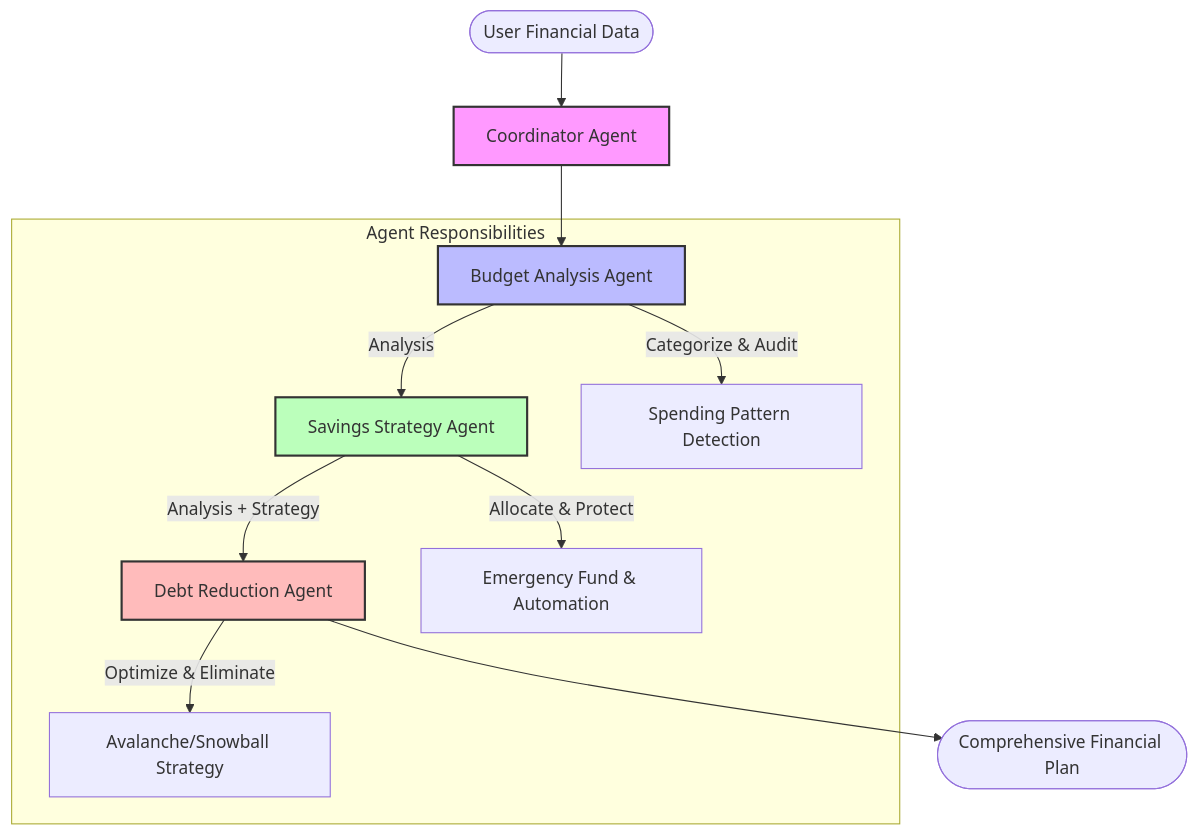
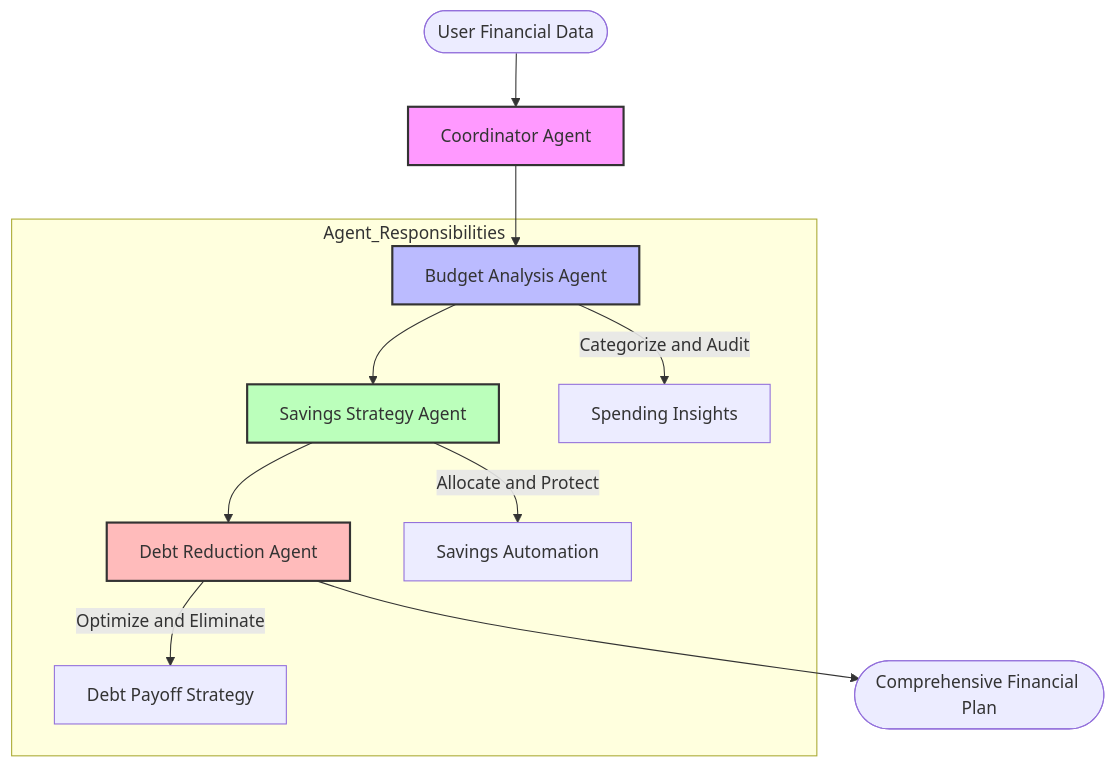
The diagram in financial_advisor_agent/README.md (Hazbilal3/ai_agent), drawn with Mermaid before and after one commit. The commit also changed other lines of this file, not shown here.

`````diff
--- a/financial_advisor_agent/README.md
+++ b/financial_advisor_agent/README.md
@@ -13,19 +19,19 @@
 ```mermaid
 graph TD
     User([User Financial Data]) --> Coordinator[Coordinator Agent]
     Coordinator --> Budget[Budget Analysis Agent]
-    Budget -- Analysis --> Savings[Savings Strategy Agent]
-    Savings -- Analysis + Strategy --> Debt[Debt Reduction Agent]
+    Budget --> Savings[Savings Strategy Agent]
+    Savings --> Debt[Debt Reduction Agent]
     Debt --> Plan([Comprehensive Financial Plan])
-    
-    subgraph "Agent Responsibilities"
-    Budget -->|Categorize & Audit| B_Out[Spending Pattern Detection]
-    Savings -->|Allocate & Protect| S_Out[Emergency Fund & Automation]
-    Debt -->|Optimize & Eliminate| D_Out[Avalanche/Snowball Strategy]
+
+    subgraph Agent_Responsibilities
+        Budget -->|Categorize and Audit| B_Out[Spending Insights]
+        Savings -->|Allocate and Protect| S_Out[Savings Automation]
+        Debt -->|Optimize and Eliminate| D_Out[Debt Payoff Strategy]
     end
-    
+
     style Coordinator fill:#f9f,stroke:#333,stroke-width:2px
     style Budget fill:#bbf,stroke:#333,stroke-width:2px
     style Savings fill:#bfb,stroke:#333,stroke-width:2px
     style Debt fill:#fbb,stroke:#333,stroke-width:2px
-```
+````
`````
